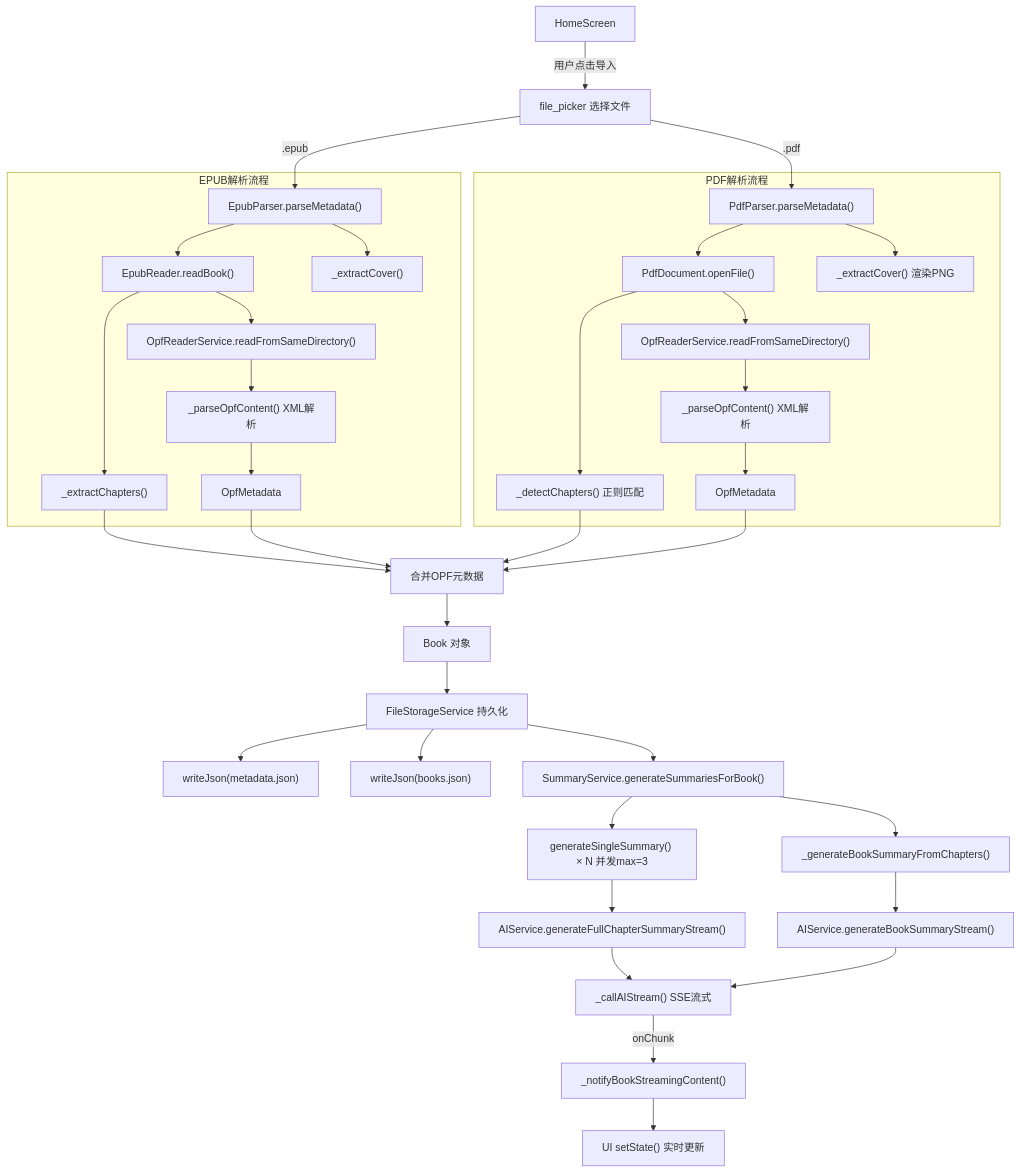
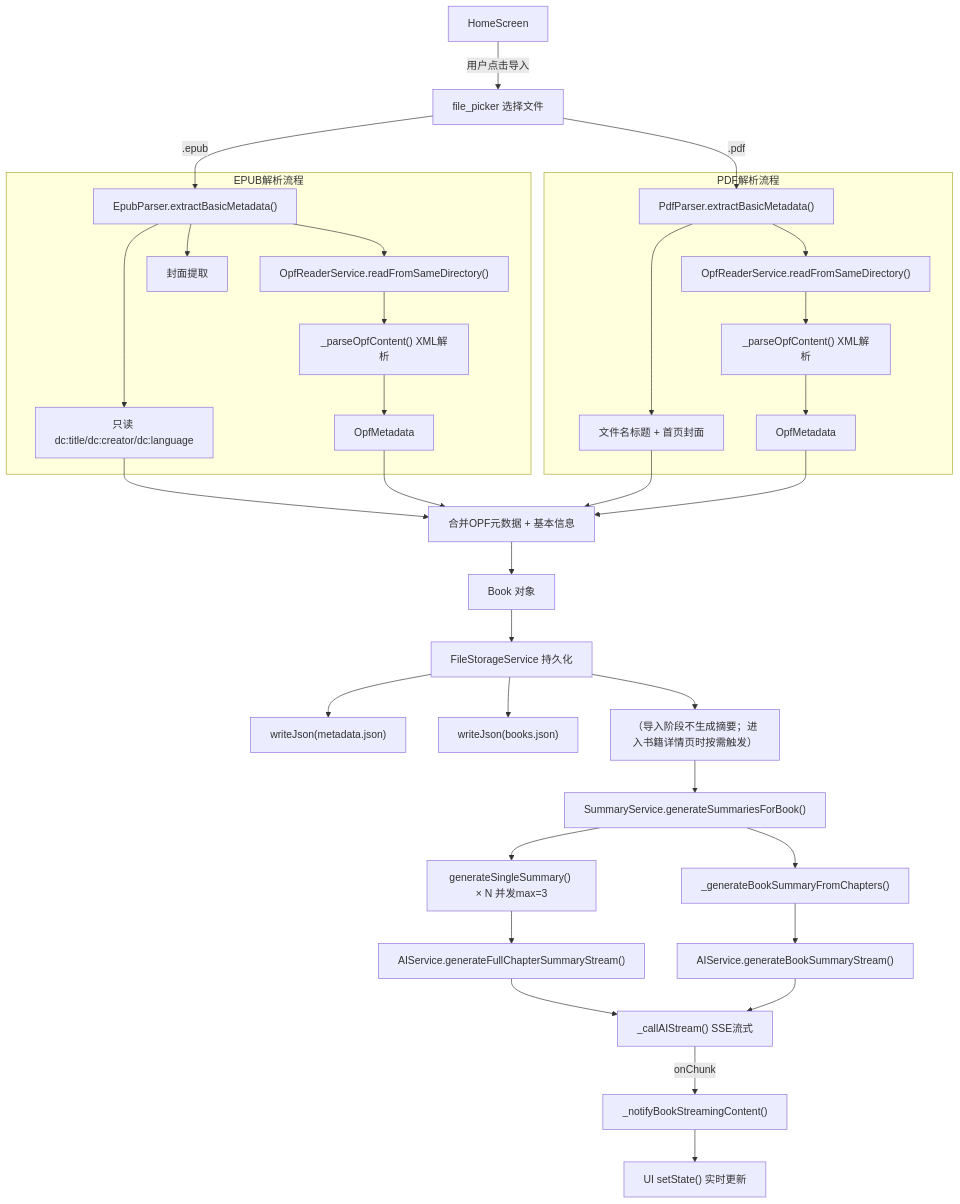
Before and after one commit to jjzhang2000/zhidu: the second of 11 diagrams in docs/function_call_relationships_visual.md, drawn with Mermaid. The commit also changed other lines of this file and 49 other files, not shown here.

````diff
--- a/docs/function_call_relationships_visual.md
+++ b/docs/function_call_relationships_visual.md
@@ -122,47 +124,45 @@
 ```mermaid
 flowchart TD
     UI["HomeScreen"] --> |"用户点击导入"| FP["file_picker 选择文件"]
-    FP --> |".epub"| EPUB["EpubParser.parseMetadata()"]
-    FP --> |".pdf"| PDF["PdfParser.parseMetadata()"]
+    FP --> |".epub"| EPUB["EpubParser.extractBasicMetadata()"]
+    FP --> |".pdf"| PDF["PdfParser.extractBasicMetadata()"]
 
     subgraph EPUB解析流程
-        EPUB --> E1["EpubReader.readBook()"]
-        E1 --> E2["_extractChapters()"]
-        EPUB --> E3["_extractCover()"]
-        E1 --> E4["OpfReaderService.readFromSameDirectory()"]
+        EPUB --> E1["只读 dc:title/dc:creator/dc:language"]
+        EPUB --> E3["封面提取"]
+        EPUB --> E4["OpfReaderService.readFromSameDirectory()"]
         E4 --> E5["_parseOpfContent() XML解析"]
         E5 --> E6["OpfMetadata"]
     end
 
     subgraph PDF解析流程
-        PDF --> P1["PdfDocument.openFile()"]
-        P1 --> P2["_detectChapters() 正则匹配"]
-        PDF --> P3["_extractCover() 渲染PNG"]
-        P1 --> P4["OpfReaderService.readFromSameDirectory()"]
+        PDF --> P1["文件名标题 + 首页封面"]
+        PDF --> P4["OpfReaderService.readFromSameDirectory()"]
         P4 --> P5["_parseOpfContent() XML解析"]
         P5 --> P6["OpfMetadata"]
     end
 
-    E2 --> MERGE["合并OPF元数据"]
-    P2 --> MERGE
+    E1 --> MERGE["合并OPF元数据 + 基本信息"]
+    P1 --> MERGE
     E6 --> MERGE
     P6 --> MERGE
 
     MERGE --> BOOK["Book 对象"]
     BOOK --> SAVE["FileStorageService 持久化"]
     SAVE --> SAVE1["writeJson(metadata.json)"]
     SAVE --> SAVE2["writeJson(books.json)"]
 
-    SAVE --> GEN["SummaryService.generateSummariesForBook()"]
+    SAVE --> NOTE["（导入阶段不生成摘要；进入书籍详情页时按需触发）"]
+    NOTE --> GEN["SummaryService.generateSummariesForBook()"]
     GEN --> CSS["generateSingleSummary() × N 并发max=3"]
     GEN --> BSC["_generateBookSummaryFromChapters()"]
 
     CSS --> AI2["AIService.generateFullChapterSummaryStream()"]
     BSC --> AI3["AIService.generateBookSummaryStream()"]
 
     AI2 --> SSE["_callAIStream() SSE流式"]
     AI3 --> SSE
 
     SSE --> |"onChunk"| NOTIFY["_notifyBookStreamingContent()"]
     NOTIFY --> UI_UPDATE["UI setState() 实时更新"]
 ```
````
